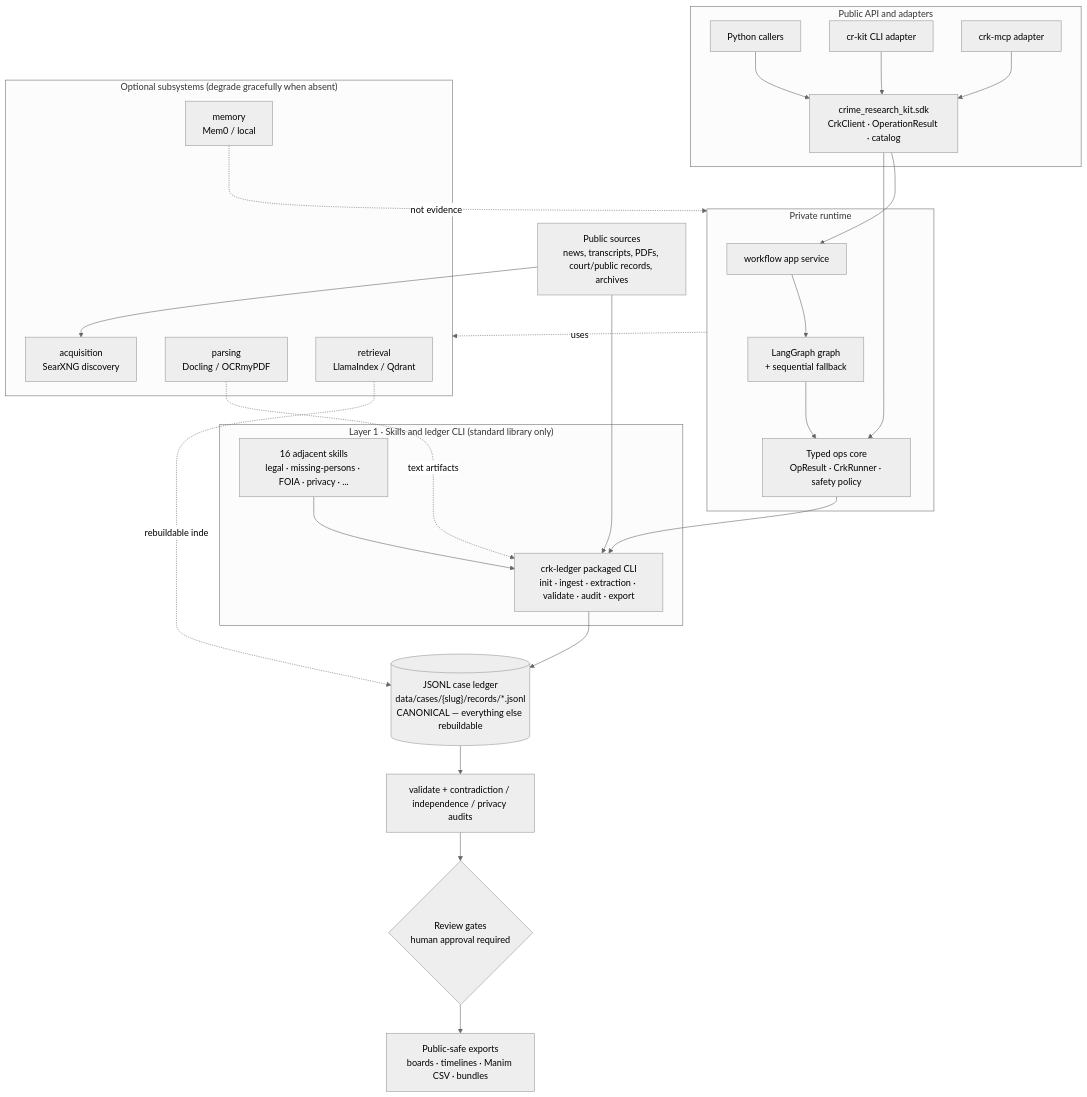
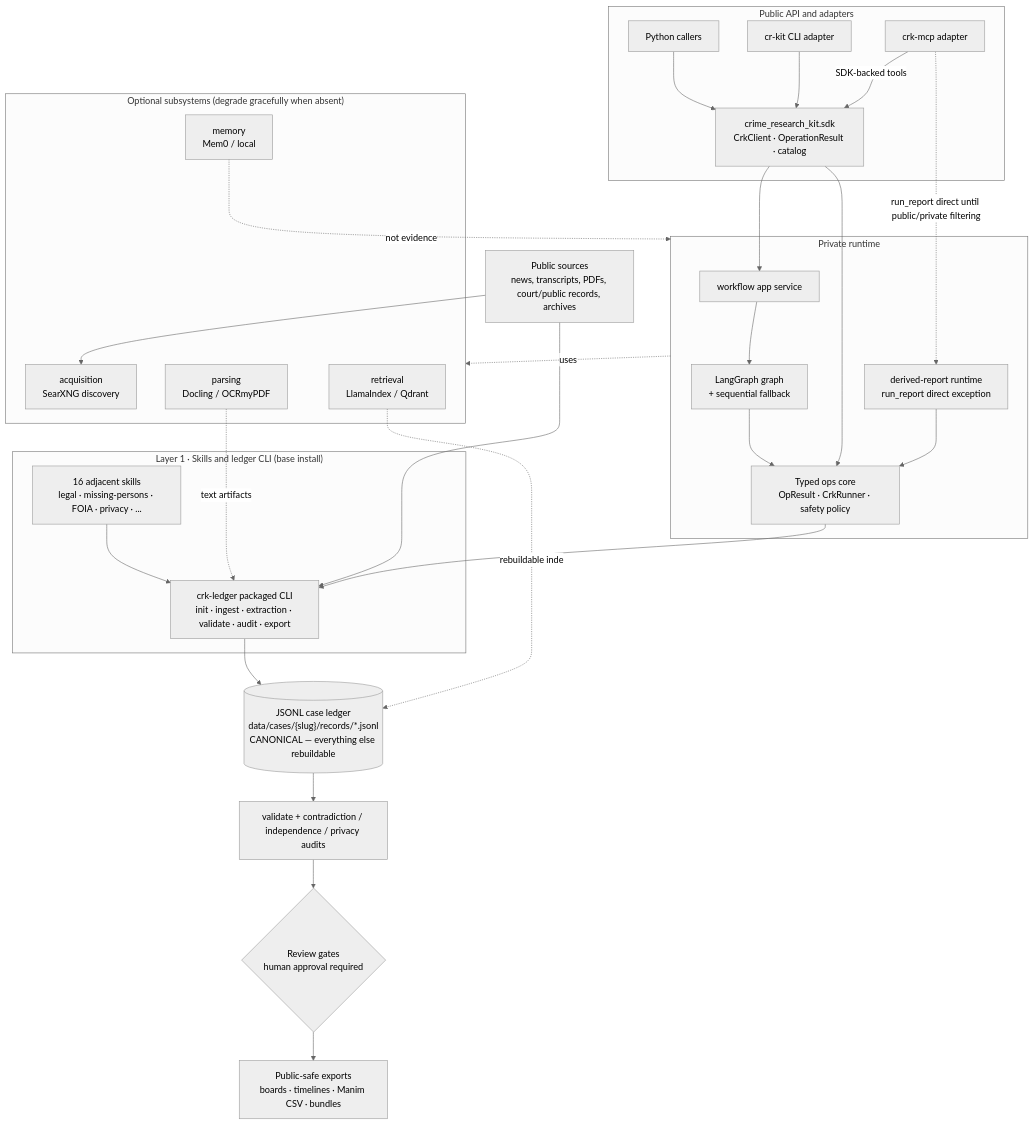
The diagram in docs/guides/architecture/system-overview.md (StonedAcademia/crime-research-kit), drawn with Mermaid (neutral theme) before and after one commit. The commit also changed other lines of this file and 2 other files, not shown here.

Commit message:
docs(sdk): address architecture review

````diff
--- a/docs/guides/architecture/system-overview.md
+++ b/docs/guides/architecture/system-overview.md
@@ -45,49 +45,52 @@
 ```mermaid
 flowchart TB
   SRC["Public sources<br/>news, transcripts, PDFs, court/public records, archives"]
 
-  subgraph SKILL["Layer 1 · Skills and ledger CLI (standard library only)"]
+  subgraph SKILL["Layer 1 · Skills and ledger CLI (base install)"]
     TCR["crk-ledger packaged CLI<br/>init · ingest · extraction · validate · audit · export"]
     ADJ["16 adjacent skills<br/>legal · missing-persons · FOIA · privacy · ..."]
   end
 
   subgraph PUB["Public API and adapters"]
     PY["Python callers"]
     SDK["crime_research_kit.sdk<br/>CrkClient · OperationResult · catalog"]
     CLI2["cr-kit CLI adapter"]
     MCP["crk-mcp adapter"]
     PY --> SDK
     CLI2 --> SDK
-    MCP --> SDK
+    MCP -->|SDK-backed tools| SDK
   end
 
   subgraph APP["Private runtime"]
     SVC["workflow app service"]
     GRAPH["LangGraph graph<br/>+ sequential fallback"]
     OPS["Typed ops core<br/>OpResult · CrkRunner · safety policy"]
+    RPT["derived-report runtime<br/>run_report direct exception"]
     SDK --> SVC
     SDK --> OPS
+    MCP -.run_report direct until public/private filtering.-> RPT
     SVC --> GRAPH
     GRAPH --> OPS
+    RPT --> OPS
   end
 
   subgraph OPT["Optional subsystems (degrade gracefully when absent)"]
     ACQ["acquisition<br/>SearXNG discovery"]
     PARSE["parsing<br/>Docling / OCRmyPDF"]
     RET["retrieval<br/>LlamaIndex / Qdrant"]
     MEM["memory<br/>Mem0 / local"]
   end
 
   SRC --> TCR
   SRC --> ACQ
   ADJ --> TCR
   OPS --> TCR
   APP -.uses.-> OPT
   TCR --> LED[("JSONL case ledger<br/>data/cases/{slug}/records/*.jsonl<br/>CANONICAL — everything else rebuildable")]
   PARSE -.text artifacts.-> TCR
   RET -.rebuildable index.-> LED
   MEM -.not evidence.-> APP
   LED --> VAL["validate + contradiction / independence / privacy audits"]
   VAL --> GATE{"Review gates<br/>human approval required"}
   GATE --> EXP["Public-safe exports<br/>boards · timelines · Manim CSV · bundles"]
 ```
````
